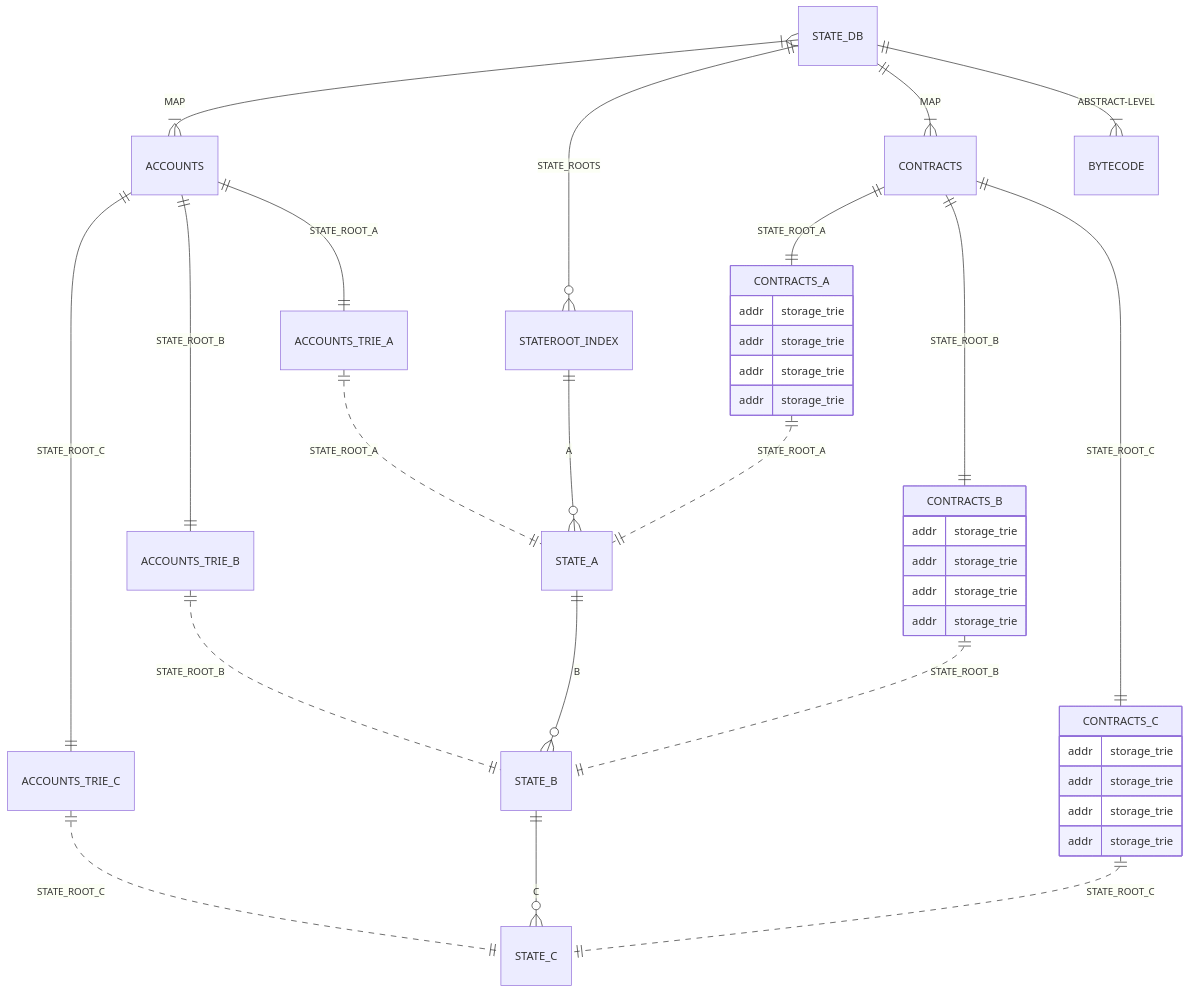
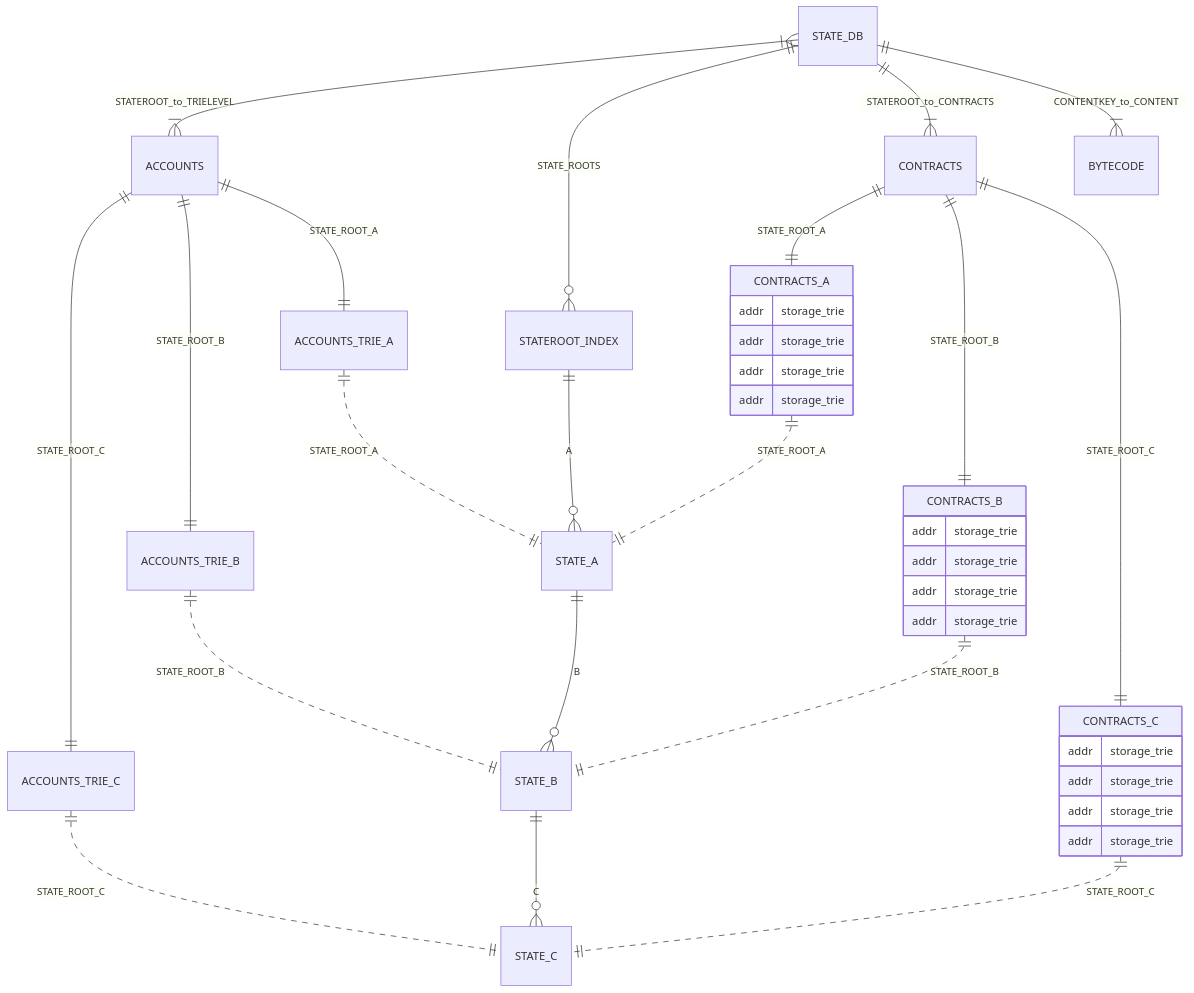
One commit to ethereumjs/ultralight changed the first of 3 diagrams in packages/portalnetwork/diagrams/STATE_DB.md. Above: the diagram before and after it, drawn with Mermaid.

Commit message:
edit diagram

````diff
--- a/packages/portalnetwork/diagrams/STATE_DB.md
+++ b/packages/portalnetwork/diagrams/STATE_DB.md
@@ -5,44 +5,44 @@
 ```mermaid
 erDiagram
-    STATE_DB }|--|{ ACCOUNTS : MAP    
+    STATE_DB }|--|{ ACCOUNTS : STATEROOT_to_TRIELEVEL   
     STATE_DB ||--o{ STATEROOT_INDEX : STATE_ROOTS
-    STATE_DB ||--|{ CONTRACTS : MAP
-    STATE_DB ||--|{ BYTECODE : ABSTRACT-LEVEL
+    STATE_DB ||--|{ CONTRACTS : STATEROOT_to_CONTRACTS
+    STATE_DB ||--|{ BYTECODE : CONTENTKEY_to_CONTENT
     
     ACCOUNTS ||--|| ACCOUNTS_TRIE_C: STATE_ROOT_C
     ACCOUNTS ||--|| ACCOUNTS_TRIE_B: STATE_ROOT_B
     ACCOUNTS ||--|| ACCOUNTS_TRIE_A: STATE_ROOT_A
     CONTRACTS ||--|| CONTRACTS_A: STATE_ROOT_A
     CONTRACTS ||--|| CONTRACTS_B: STATE_ROOT_B
     CONTRACTS ||--|| CONTRACTS_C: STATE_ROOT_C
     
     STATEROOT_INDEX ||--o{ STATE_A : A
     ACCOUNTS_TRIE_A ||..|| STATE_A: STATE_ROOT_A
     ACCOUNTS_TRIE_B ||..|| STATE_B: STATE_ROOT_B
     ACCOUNTS_TRIE_C ||..|| STATE_C: STATE_ROOT_C
     CONTRACTS_C ||..|| STATE_C: STATE_ROOT_C
     CONTRACTS_A ||..|| STATE_A: STATE_ROOT_A
     CONTRACTS_B ||..|| STATE_B: STATE_ROOT_B
     STATE_A ||--o{ STATE_B : B
     STATE_B ||--o{ STATE_C : C
     CONTRACTS_A {
         addr storage_trie
         addr storage_trie
         addr storage_trie
         addr storage_trie
     }
     CONTRACTS_B {
         addr storage_trie
         addr storage_trie
         addr storage_trie
         addr storage_trie
     }
     CONTRACTS_C {
         addr storage_trie
         addr storage_trie
         addr storage_trie
         addr storage_trie
     }
 
 
 ```
````
